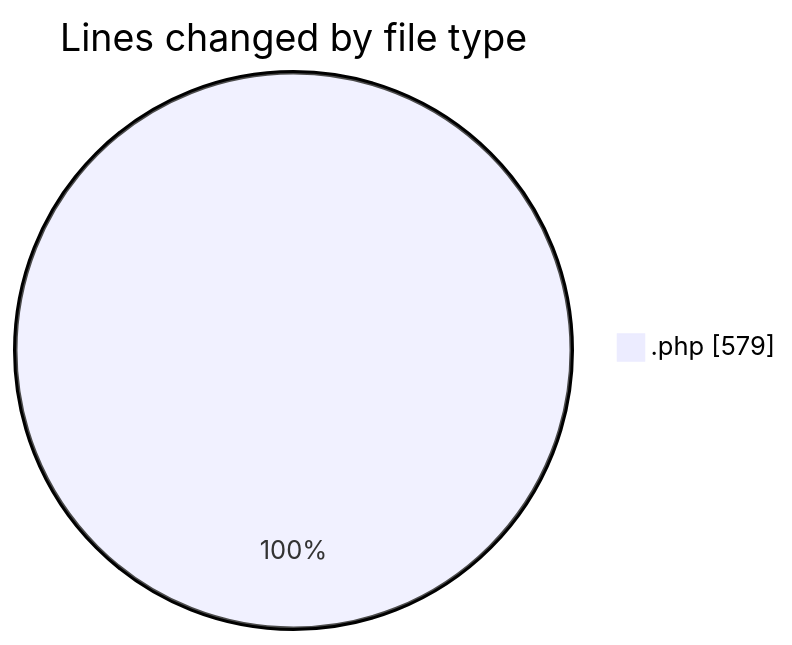
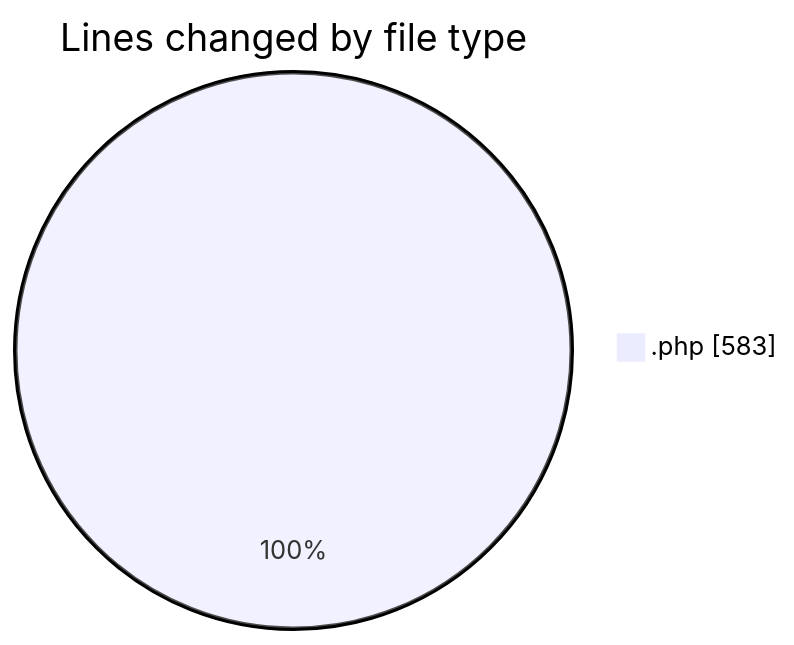
Before and after one commit to debugP/code-tracking: the first of 2 diagrams in 2026-07-10/wp-content/README.md, drawn with Mermaid. The commit also changed other lines of this file and 1 other file, not shown here.

````diff
--- a/2026-07-10/wp-content/README.md
+++ b/2026-07-10/wp-content/README.md
@@ -20,5 +20,5 @@
 ```mermaid
 pie showData
 title Lines changed by file type
-".php" : 579
+".php" : 583
 ```
````
